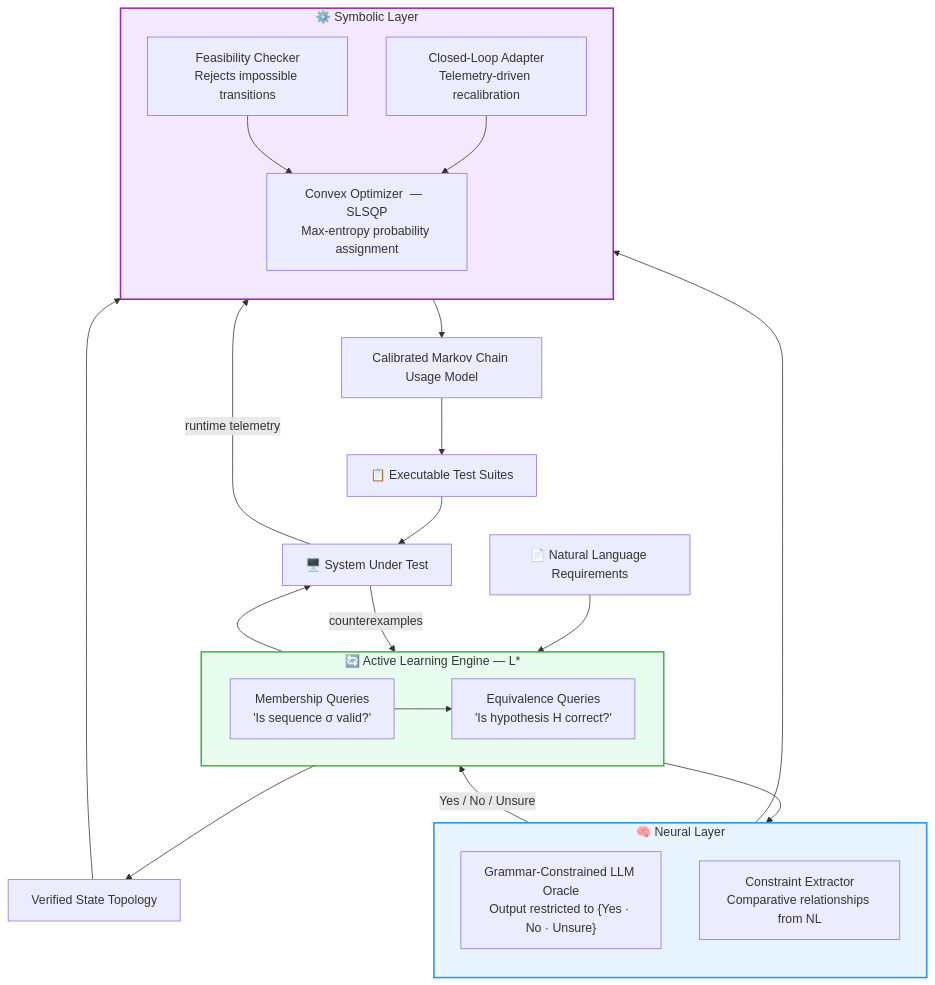
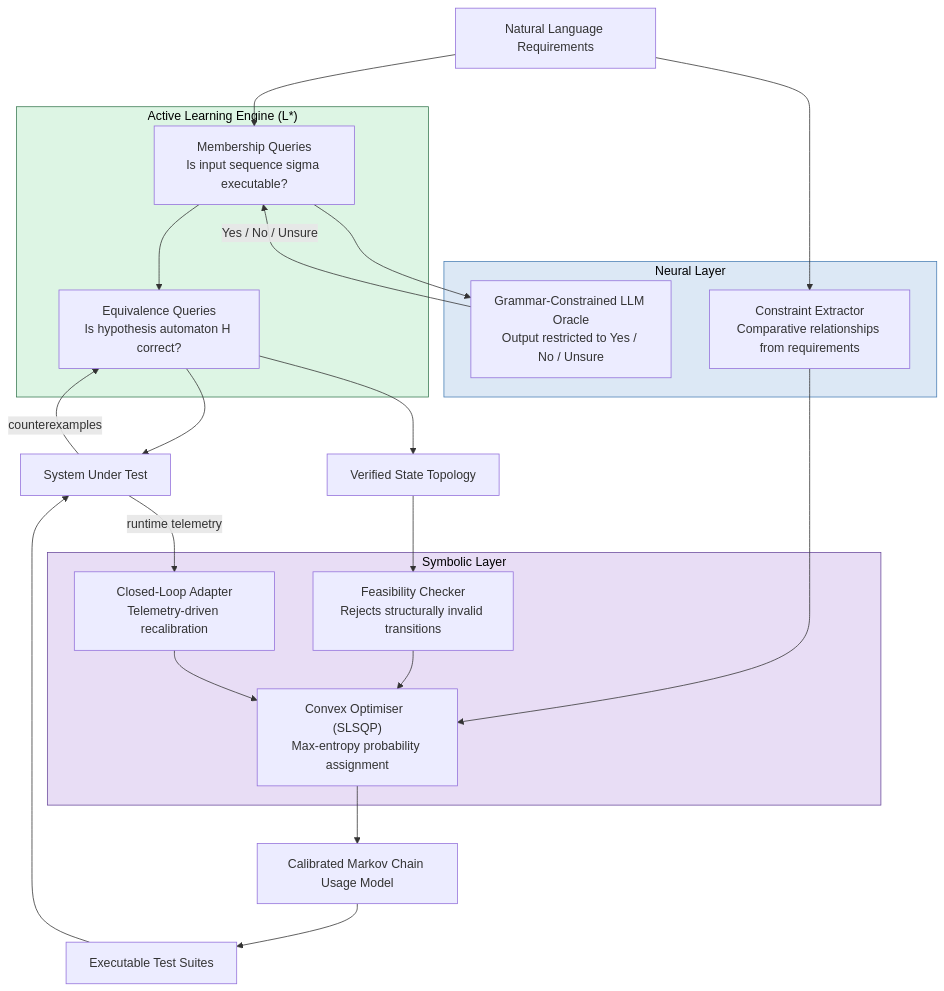
Before and after one commit to nathangtg/nesy-mbst-framework: the diagram in README.md, drawn with Mermaid. The commit also changed other lines of this file, not shown here.

Commit message:
Fixed Diagram

````diff
--- a/README.md
+++ b/README.md
@@ -50,48 +51,46 @@
 ```mermaid
 flowchart TD
-    NL["📄 Natural Language Requirements"]
+    NL["Natural Language Requirements"]
 
-    subgraph NEURAL["🧠 Neural Layer"]
-        direction TB
-        ORACLE["Grammar-Constrained LLM Oracle\nOutput restricted to {Yes · No · Unsure}"]
-        EXTRACTOR["Constraint Extractor\nComparative relationships from NL"]
+    subgraph NEURAL["Neural Layer"]
+        ORACLE["Grammar-Constrained LLM Oracle\nOutput restricted to Yes / No / Unsure"]
+        EXTRACTOR["Constraint Extractor\nComparative relationships from requirements"]
     end
 
-    subgraph LEARNING["🔄 Active Learning Engine  —  L*"]
-        direction LR
-        MQ["Membership Queries\n'Is sequence σ valid?'"]
-        EQ["Equivalence Queries\n'Is hypothesis H correct?'"]
+    subgraph LEARNING["Active Learning Engine  (L*)"]
+        MQ["Membership Queries\nIs input sequence sigma executable?"]
+        EQ["Equivalence Queries\nIs hypothesis automaton H correct?"]
     end
 
-    subgraph SYMBOLIC["⚙️ Symbolic Layer"]
-        direction TB
-        CHECKER["Feasibility Checker\nRejects impossible transitions"]
-        SOLVER["Convex Optimizer  —  SLSQP\nMax-entropy probability assignment"]
+    subgraph SYMBOLIC["Symbolic Layer"]
+        CHECKER["Feasibility Checker\nRejects structurally invalid transitions"]
+        SOLVER["Convex Optimiser  (SLSQP)\nMax-entropy probability assignment"]
         LOOP["Closed-Loop Adapter\nTelemetry-driven recalibration"]
     end
 
-    SUT["🖥️ System Under Test"]
+    SUT["System Under Test"]
     TOPO["Verified State Topology"]
     MODEL["Calibrated Markov Chain Usage Model"]
-    TESTS["📋 Executable Test Suites"]
+    TESTS["Executable Test Suites"]
 
-    NL --> MQ
-    MQ --> ORACLE
-    ORACLE -->|Yes / No / Unsure| MQ
-    MQ --> EQ
-    EQ --> SUT
-    SUT -->|counterexamples| EQ
-    EQ --> TOPO
-    TOPO --> CHECKER
+    NL      --> MQ
+    MQ      --> ORACLE
+    ORACLE  -->|"Yes / No / Unsure"| MQ
+    MQ      --> EQ
+    EQ      --> SUT
+    SUT     -->|"counterexamples"| EQ
+    EQ      --> TOPO
+    TOPO    --> CHECKER
+    NL      --> EXTRACTOR
     EXTRACTOR --> SOLVER
     CHECKER --> SOLVER
-    SOLVER --> MODEL
-    MODEL --> TESTS
-    TESTS --> SUT
-    SUT -->|"runtime telemetry"| LOOP
-    LOOP --> SOLVER
+    SOLVER  --> MODEL
+    MODEL   --> TESTS
+    TESTS   --> SUT
+    SUT     -->|"runtime telemetry"| LOOP
+    LOOP    --> SOLVER
 
-    style NEURAL   fill:#e8f4fd,stroke:#2196F3,stroke-width:2px
-    style SYMBOLIC fill:#f3e8fd,stroke:#9C27B0,stroke-width:2px
-    style LEARNING fill:#e8fdf0,stroke:#4CAF50,stroke-width:2px
+    style NEURAL   fill:#dce8f5,stroke:#4a7fb5,color:#000000
+    style SYMBOLIC fill:#e8ddf5,stroke:#6a4a9c,color:#000000
+    style LEARNING fill:#ddf5e4,stroke:#3a7a52,color:#000000
 ```
````
